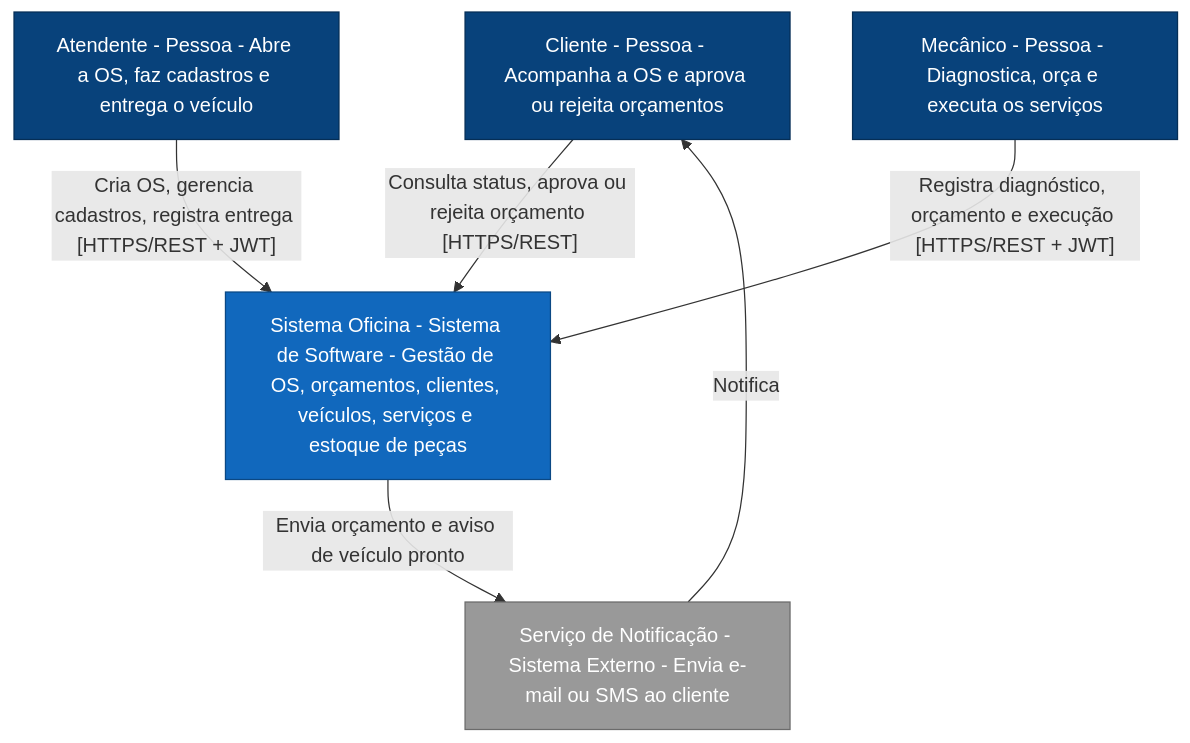
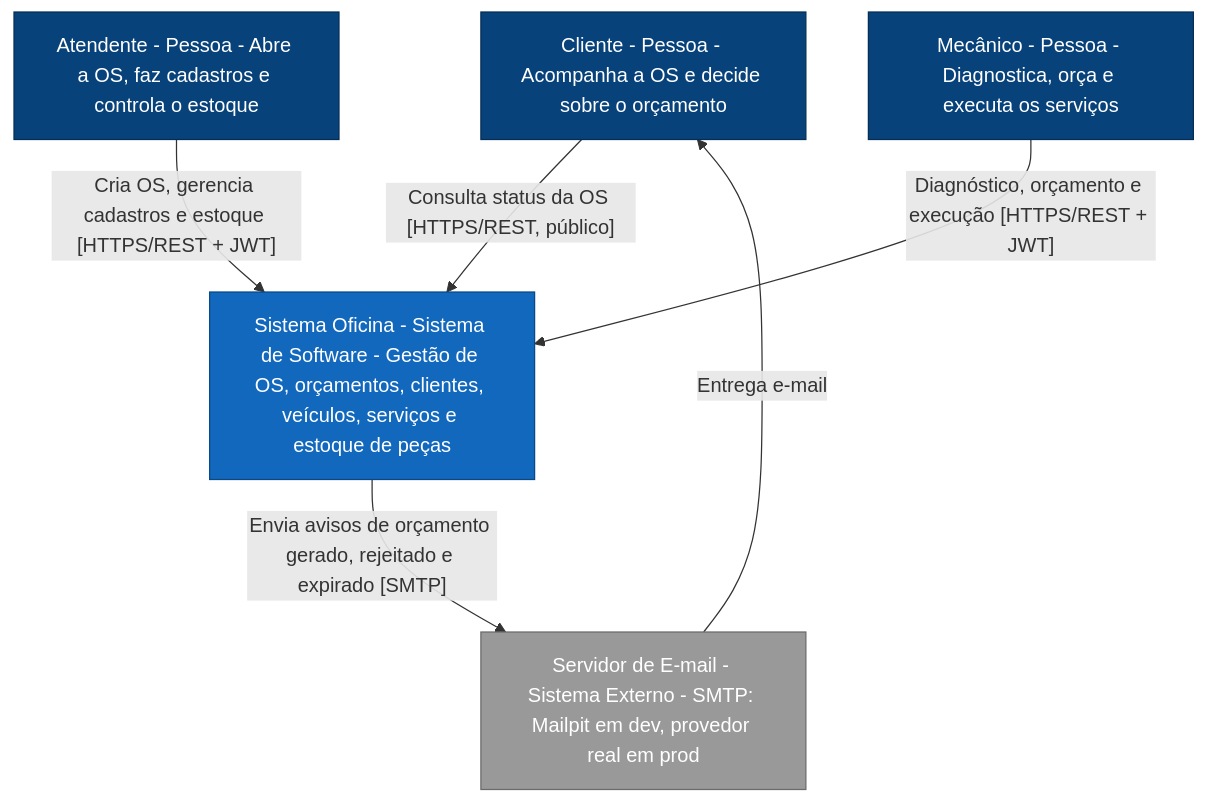
The diagram in docs/c4/c4-nivel1-contexto.mmd (RafaelCardoso11/SOAT-Fase-1-Tech-Challenge), drawn with Mermaid before and after one commit. The commit also changed 5 other files, not shown here.

Commit message:
docs: atualiza README, arquitetura e diagramas C4/DDD ao estado atual (#79)

```diff
--- a/docs/c4/c4-nivel1-contexto.mmd
+++ b/docs/c4/c4-nivel1-contexto.mmd
@@ -1,22 +1,22 @@
 %% C4 Nível 1 - Contexto. Feito como flowchart (e não C4Context) para importar no Miro.
 flowchart TB
-    CLI["Cliente - Pessoa - Acompanha a OS e aprova ou rejeita orçamentos"]
-    ATD["Atendente - Pessoa - Abre a OS, faz cadastros e entrega o veículo"]
+    CLI["Cliente - Pessoa - Acompanha a OS e decide sobre o orçamento"]
+    ATD["Atendente - Pessoa - Abre a OS, faz cadastros e controla o estoque"]
     MEC["Mecânico - Pessoa - Diagnostica, orça e executa os serviços"]
 
     SYS["Sistema Oficina - Sistema de Software - Gestão de OS, orçamentos, clientes, veículos, serviços e estoque de peças"]
 
-    NOT["Serviço de Notificação - Sistema Externo - Envia e-mail ou SMS ao cliente"]
+    SMTP["Servidor de E-mail - Sistema Externo - SMTP: Mailpit em dev, provedor real em prod"]
 
-    CLI -- "Consulta status, aprova ou rejeita orçamento [HTTPS/REST]" --> SYS
-    ATD -- "Cria OS, gerencia cadastros, registra entrega [HTTPS/REST + JWT]" --> SYS
-    MEC -- "Registra diagnóstico, orçamento e execução [HTTPS/REST + JWT]" --> SYS
-    SYS -- "Envia orçamento e aviso de veículo pronto" --> NOT
-    NOT -- "Notifica" --> CLI
+    CLI -- "Consulta status da OS [HTTPS/REST, público]" --> SYS
+    ATD -- "Cria OS, gerencia cadastros e estoque [HTTPS/REST + JWT]" --> SYS
+    MEC -- "Diagnóstico, orçamento e execução [HTTPS/REST + JWT]" --> SYS
+    SYS -- "Envia avisos de orçamento gerado, rejeitado e expirado [SMTP]" --> SMTP
+    SMTP -- "Entrega e-mail" --> CLI
 
     classDef pessoa fill:#08427B,stroke:#052E56,color:#fff
     classDef sistema fill:#1168BD,stroke:#0B4884,color:#fff
     classDef externo fill:#999999,stroke:#6B6B6B,color:#fff
     class CLI,ATD,MEC pessoa
     class SYS sistema
-    class NOT externo
+    class SMTP externo
```
